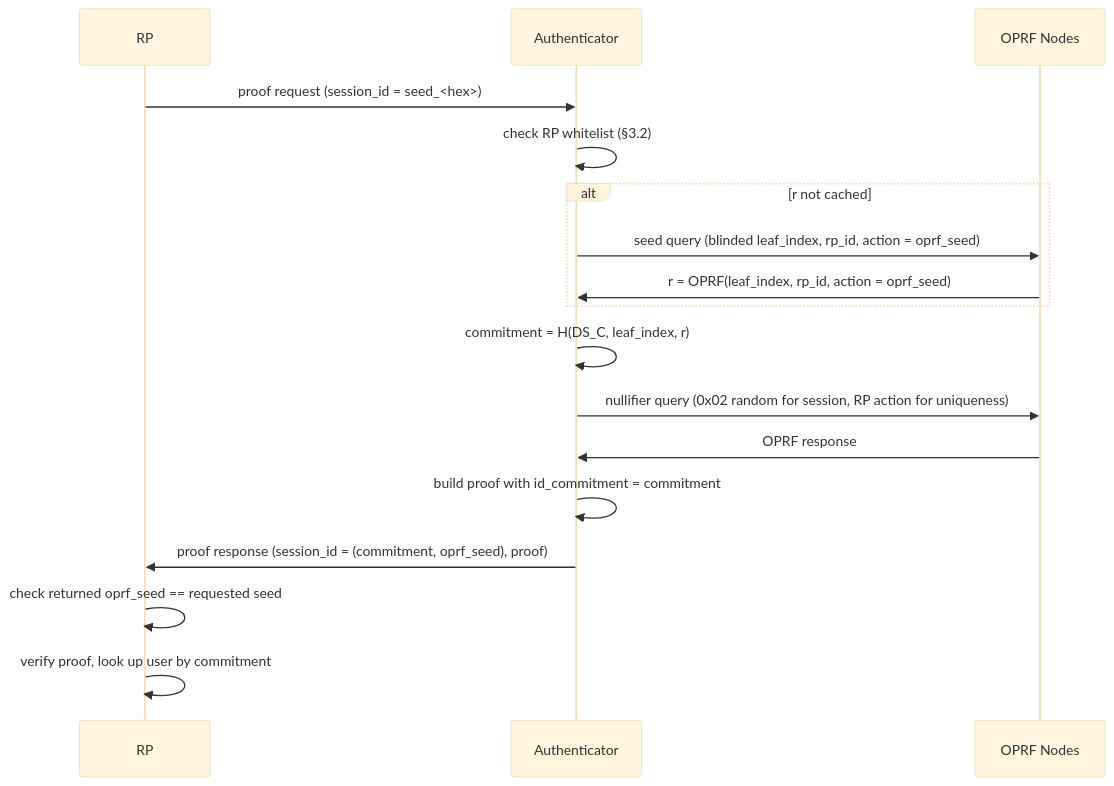
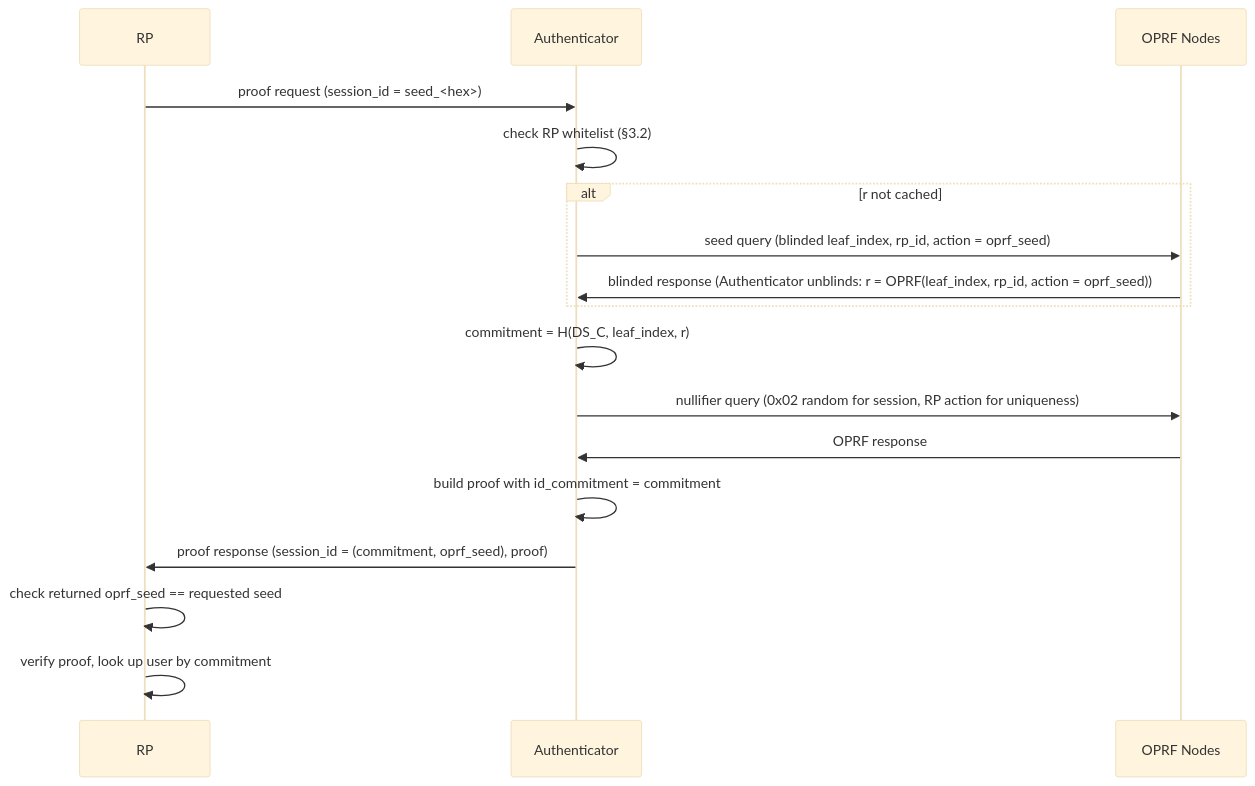
One commit to worldcoin/world-id-protocol changed the diagram in docs/WIPs/wip-116.md. Above: the diagram before and after it, drawn with Mermaid (base theme).

Commit message:
docs: clarify that OPRF nodes return a blinded response in WIP-116

````diff
--- a/docs/WIPs/wip-116.md
+++ b/docs/WIPs/wip-116.md
@@ -51,20 +51,20 @@
 ```mermaid
 sequenceDiagram
 participant rp as RP
 participant a as Authenticator
 participant o as OPRF Nodes
 
 rp->>a: proof request (session_id = seed_<hex>)
 a->>a: check RP whitelist (§3.2)
 alt r not cached
   a->>o: seed query (blinded leaf_index, rp_id, action = oprf_seed)
-  o->>a: r = OPRF(leaf_index, rp_id, action = oprf_seed)
+  o->>a: blinded response (Authenticator unblinds: r = OPRF(leaf_index, rp_id, action = oprf_seed))
 end
 a->>a: commitment = H(DS_C, leaf_index, r)
 a->>o: nullifier query (0x02 random for session, RP action for uniqueness)
 o->>a: OPRF response
 a->>a: build proof with id_commitment = commitment
 a->>rp: proof response (session_id = (commitment, oprf_seed), proof)
 rp->>rp: check returned oprf_seed == requested seed
 rp->>rp: verify proof, look up user by commitment
 ```
````
